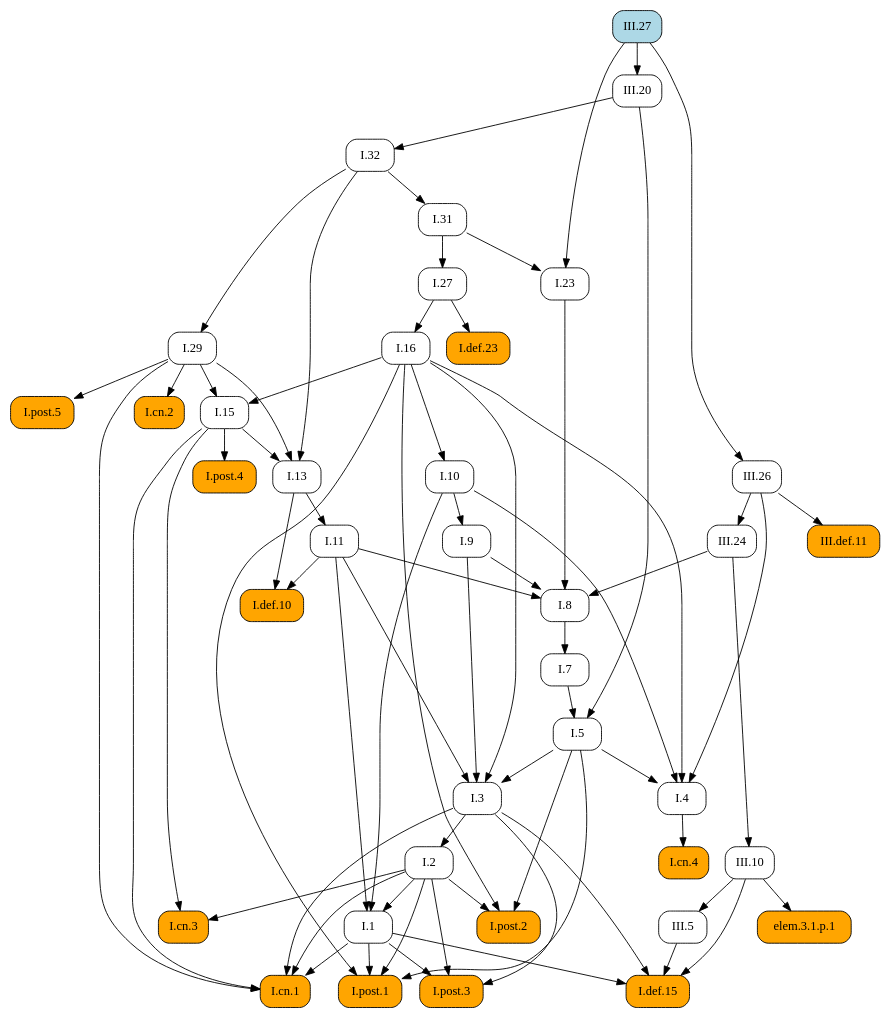
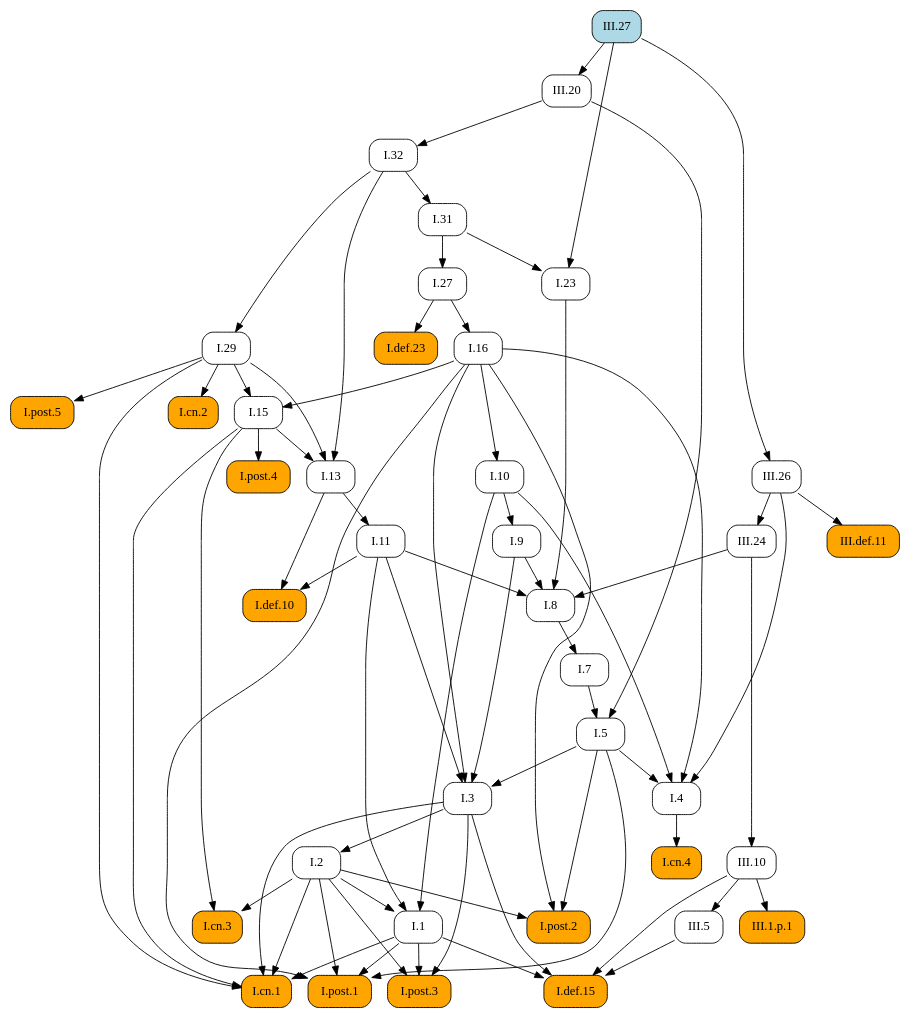
The diagram in docsrc/heath/III/27/index.rst (geometor/elements), drawn with Graphviz before and after one commit. The commit also changed 484 other files, not shown here.

```diff
--- a/docsrc/heath/III/27/index.rst
+++ b/docsrc/heath/III/27/index.rst
@@ -73,111 +73,111 @@
    digraph {
      rankdir="TB";
      node [shape=box, style=rounded];
+     "I.23" [URL="/heath/I/23/", target="_top"];
+     "I.9" [URL="/heath/I/9/", target="_top"];
+     "I.32" [URL="/heath/I/32/", target="_top"];
+     "III.24" [URL="/heath/III/24/", target="_top"];
+     "I.def.15" [style="rounded,filled", fillcolor=orange, URL="/heath/I/def.15/", target="_top"];
+     "III.def.11" [style="rounded,filled", fillcolor=orange, URL="/heath/III/def.11/", target="_top"];
+     "I.post.1" [style="rounded,filled", fillcolor=orange, URL="/heath/I/post.1/", target="_top"];
+     "I.post.3" [style="rounded,filled", fillcolor=orange, URL="/heath/I/post.3/", target="_top"];
+     "III.20" [URL="/heath/III/20/", target="_top"];
+     "III.10" [URL="/heath/III/10/", target="_top"];
+     "I.31" [URL="/heath/I/31/", target="_top"];
      "I.def.10" [style="rounded,filled", fillcolor=orange, URL="/heath/I/def.10/", target="_top"];
+     "I.27" [URL="/heath/I/27/", target="_top"];
+     "I.3" [URL="/heath/I/3/", target="_top"];
+     "III.5" [URL="/heath/III/5/", target="_top"];
+     "I.cn.1" [style="rounded,filled", fillcolor=orange, URL="/heath/I/cn.1/", target="_top"];
+     "I.7" [URL="/heath/I/7/", target="_top"];
+     "I.2" [URL="/heath/I/2/", target="_top"];
+     "III.26" [URL="/heath/III/26/", target="_top"];
+     "III.27" [style="rounded,filled", fillcolor=lightblue, URL="/heath/III/27/", target="_top"];
+     "I.13" [URL="/heath/I/13/", target="_top"];
+     "I.post.4" [style="rounded,filled", fillcolor=orange, URL="/heath/I/post.4/", target="_top"];
+     "I.4" [URL="/heath/I/4/", target="_top"];
+     "I.1" [URL="/heath/I/1/", target="_top"];
+     "I.5" [URL="/heath/I/5/", target="_top"];
+     "I.8" [URL="/heath/I/8/", target="_top"];
+     "I.29" [URL="/heath/I/29/", target="_top"];
+     "I.cn.3" [style="rounded,filled", fillcolor=orange, URL="/heath/I/cn.3/", target="_top"];
+     "I.16" [URL="/heath/I/16/", target="_top"];
+     "I.15" [URL="/heath/I/15/", target="_top"];
+     "I.10" [URL="/heath/I/10/", target="_top"];
      "I.11" [URL="/heath/I/11/", target="_top"];
-     "I.post.4" [style="rounded,filled", fillcolor=orange, URL="/heath/I/post.4/", target="_top"];
-     "I.1" [URL="/heath/I/1/", target="_top"];
-     "III.26" [URL="/heath/III/26/", target="_top"];
-     "III.20" [URL="/heath/III/20/", target="_top"];
-     "I.29" [URL="/heath/I/29/", target="_top"];
-     "elem.3.1.p.1" [style="rounded,filled", fillcolor=orange];
+     "III.1.p.1" [style="rounded,filled", fillcolor=orange];
+     "I.def.23" [style="rounded,filled", fillcolor=orange, URL="/heath/I/def.23/", target="_top"];
      "I.cn.2" [style="rounded,filled", fillcolor=orange, URL="/heath/I/cn.2/", target="_top"];
-     "III.def.11" [style="rounded,filled", fillcolor=orange, URL="/heath/III/def.11/", target="_top"];
-     "I.def.15" [style="rounded,filled", fillcolor=orange, URL="/heath/I/def.15/", target="_top"];
-     "I.post.3" [style="rounded,filled", fillcolor=orange, URL="/heath/I/post.3/", target="_top"];
-     "I.cn.1" [style="rounded,filled", fillcolor=orange, URL="/heath/I/cn.1/", target="_top"];
-     "I.cn.3" [style="rounded,filled", fillcolor=orange, URL="/heath/I/cn.3/", target="_top"];
-     "I.23" [URL="/heath/I/23/", target="_top"];
-     "I.post.1" [style="rounded,filled", fillcolor=orange, URL="/heath/I/post.1/", target="_top"];
-     "III.24" [URL="/heath/III/24/", target="_top"];
-     "I.27" [URL="/heath/I/27/", target="_top"];
-     "I.7" [URL="/heath/I/7/", target="_top"];
-     "I.3" [URL="/heath/I/3/", target="_top"];
-     "I.2" [URL="/heath/I/2/", target="_top"];
-     "I.4" [URL="/heath/I/4/", target="_top"];
-     "I.def.23" [style="rounded,filled", fillcolor=orange, URL="/heath/I/def.23/", target="_top"];
-     "I.13" [URL="/heath/I/13/", target="_top"];
+     "I.post.5" [style="rounded,filled", fillcolor=orange, URL="/heath/I/post.5/", target="_top"];
+     "I.cn.4" [style="rounded,filled", fillcolor=orange, URL="/heath/I/cn.4/", target="_top"];
      "I.post.2" [style="rounded,filled", fillcolor=orange, URL="/heath/I/post.2/", target="_top"];
-     "I.31" [URL="/heath/I/31/", target="_top"];
-     "I.16" [URL="/heath/I/16/", target="_top"];
-     "III.10" [URL="/heath/III/10/", target="_top"];
-     "I.9" [URL="/heath/I/9/", target="_top"];
-     "III.27" [style="rounded,filled", fillcolor=lightblue, URL="/heath/III/27/", target="_top"];
-     "I.8" [URL="/heath/I/8/", target="_top"];
-     "I.32" [URL="/heath/I/32/", target="_top"];
-     "I.cn.4" [style="rounded,filled", fillcolor=orange, URL="/heath/I/cn.4/", target="_top"];
-     "I.15" [URL="/heath/I/15/", target="_top"];
-     "I.post.5" [style="rounded,filled", fillcolor=orange, URL="/heath/I/post.5/", target="_top"];
-     "I.10" [URL="/heath/I/10/", target="_top"];
-     "I.5" [URL="/heath/I/5/", target="_top"];
-     "III.5" [URL="/heath/III/5/", target="_top"];
-     "I.11" -> "I.def.10";
-     "I.13" -> "I.def.10";
-     "I.13" -> "I.11";
-     "I.15" -> "I.post.4";
-     "I.2" -> "I.1";
-     "I.10" -> "I.1";
-     "I.11" -> "I.1";
-     "III.27" -> "III.26";
-     "III.27" -> "III.20";
-     "I.32" -> "I.29";
-     "III.10" -> "elem.3.1.p.1";
-     "I.29" -> "I.cn.2";
-     "III.26" -> "III.def.11";
+     "I.31" -> "I.23";
+     "III.27" -> "I.23";
+     "I.10" -> "I.9";
+     "III.20" -> "I.32";
+     "III.26" -> "III.24";
      "I.1" -> "I.def.15";
      "I.3" -> "I.def.15";
      "III.5" -> "I.def.15";
      "III.10" -> "I.def.15";
+     "III.26" -> "III.def.11";
+     "I.1" -> "I.post.1";
+     "I.2" -> "I.post.1";
+     "I.5" -> "I.post.1";
+     "I.16" -> "I.post.1";
      "I.1" -> "I.post.3";
      "I.2" -> "I.post.3";
      "I.3" -> "I.post.3";
+     "III.27" -> "III.20";
+     "III.24" -> "III.10";
+     "I.32" -> "I.31";
+     "I.11" -> "I.def.10";
+     "I.13" -> "I.def.10";
+     "I.31" -> "I.27";
+     "I.5" -> "I.3";
+     "I.9" -> "I.3";
+     "I.11" -> "I.3";
+     "I.16" -> "I.3";
+     "III.10" -> "III.5";
      "I.1" -> "I.cn.1";
      "I.2" -> "I.cn.1";
      "I.3" -> "I.cn.1";
      "I.15" -> "I.cn.1";
      "I.29" -> "I.cn.1";
-     "I.2" -> "I.cn.3";
-     "I.15" -> "I.cn.3";
-     "I.31" -> "I.23";
-     "III.27" -> "I.23";
-     "I.1" -> "I.post.1";
-     "I.2" -> "I.post.1";
-     "I.5" -> "I.post.1";
-     "I.16" -> "I.post.1";
-     "III.26" -> "III.24";
-     "I.31" -> "I.27";
      "I.8" -> "I.7";
-     "I.5" -> "I.3";
-     "I.9" -> "I.3";
-     "I.11" -> "I.3";
-     "I.16" -> "I.3";
      "I.3" -> "I.2";
+     "III.27" -> "III.26";
+     "I.15" -> "I.13";
+     "I.29" -> "I.13";
+     "I.32" -> "I.13";
+     "I.15" -> "I.post.4";
      "I.5" -> "I.4";
      "I.10" -> "I.4";
      "I.16" -> "I.4";
      "III.26" -> "I.4";
-     "I.27" -> "I.def.23";
-     "I.15" -> "I.13";
-     "I.29" -> "I.13";
-     "I.32" -> "I.13";
-     "I.2" -> "I.post.2";
-     "I.5" -> "I.post.2";
-     "I.16" -> "I.post.2";
-     "I.32" -> "I.31";
-     "I.27" -> "I.16";
-     "III.24" -> "III.10";
-     "I.10" -> "I.9";
+     "I.2" -> "I.1";
+     "I.10" -> "I.1";
+     "I.11" -> "I.1";
+     "I.7" -> "I.5";
+     "III.20" -> "I.5";
      "I.9" -> "I.8";
      "I.11" -> "I.8";
      "I.23" -> "I.8";
      "III.24" -> "I.8";
-     "III.20" -> "I.32";
-     "I.4" -> "I.cn.4";
+     "I.32" -> "I.29";
+     "I.2" -> "I.cn.3";
+     "I.15" -> "I.cn.3";
+     "I.27" -> "I.16";
      "I.16" -> "I.15";
      "I.29" -> "I.15";
+     "I.16" -> "I.10";
+     "I.13" -> "I.11";
+     "III.10" -> "III.1.p.1";
+     "I.27" -> "I.def.23";
+     "I.29" -> "I.cn.2";
      "I.29" -> "I.post.5";
-     "I.16" -> "I.10";
-     "I.7" -> "I.5";
-     "III.20" -> "I.5";
-     "III.10" -> "III.5";
+     "I.4" -> "I.cn.4";
+     "I.2" -> "I.post.2";
+     "I.5" -> "I.post.2";
+     "I.16" -> "I.post.2";
    }
```
